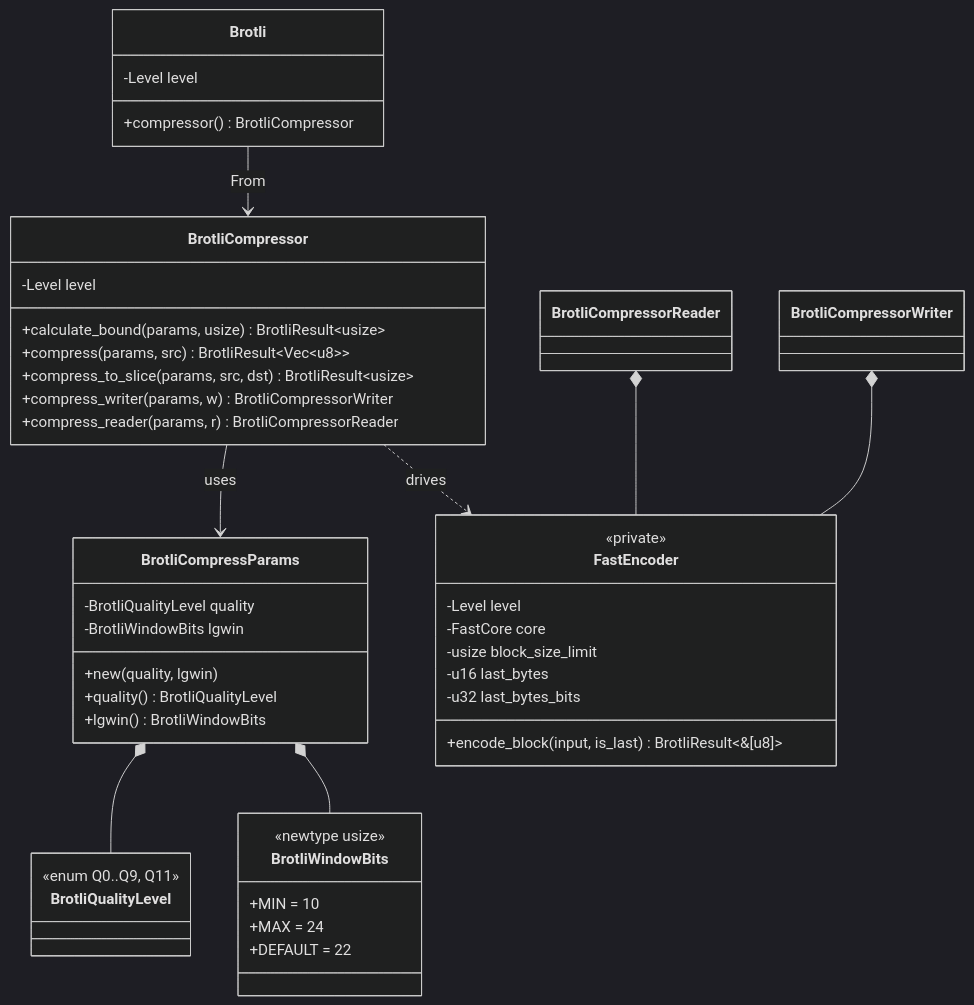
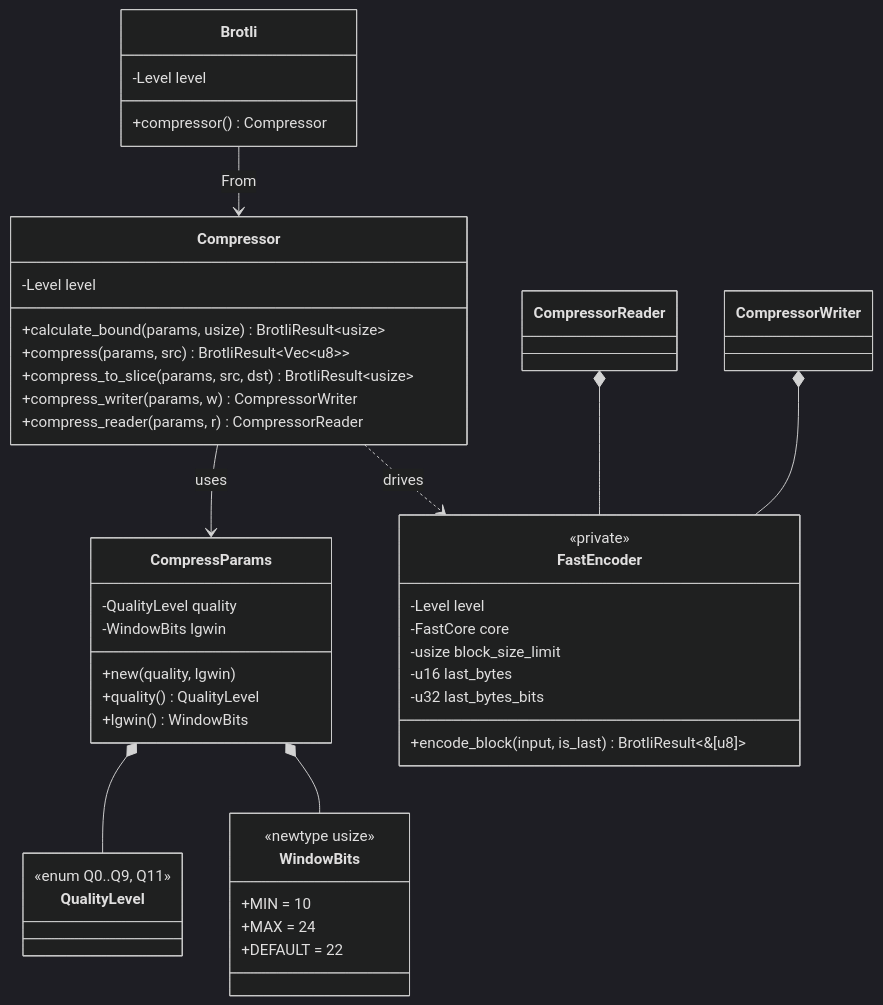
One commit to Mnwa/mbrotli changed the second of 7 diagrams in architecture/compressor.md. Above: the diagram before and after it, drawn with Mermaid (dark theme). The commit also changed other lines of this file and 20 other files, not shown here.

````diff
--- a/architecture/compressor.md
+++ b/architecture/compressor.md
@@ -58,48 +58,48 @@
 ```mermaid
 classDiagram
     class Brotli {
         -Level level
-        +compressor() BrotliCompressor
+        +compressor() Compressor
     }
-    class BrotliCompressor {
+    class Compressor {
         -Level level
         +calculate_bound(params, usize) BrotliResult~usize~
         +compress(params, src) BrotliResult~Vec~u8~~
         +compress_to_slice(params, src, dst) BrotliResult~usize~
-        +compress_writer(params, w) BrotliCompressorWriter
-        +compress_reader(params, r) BrotliCompressorReader
+        +compress_writer(params, w) CompressorWriter
+        +compress_reader(params, r) CompressorReader
     }
-    class BrotliCompressParams {
-        -BrotliQualityLevel quality
-        -BrotliWindowBits lgwin
+    class CompressParams {
+        -QualityLevel quality
+        -WindowBits lgwin
         +new(quality, lgwin)
-        +quality() BrotliQualityLevel
-        +lgwin() BrotliWindowBits
+        +quality() QualityLevel
+        +lgwin() WindowBits
     }
-    class BrotliWindowBits {
+    class WindowBits {
         <<newtype usize>>
         +MIN = 10
         +MAX = 24
         +DEFAULT = 22
     }
-    class BrotliQualityLevel {
+    class QualityLevel {
         <<enum Q0..Q9, Q11>>
     }
     class FastEncoder {
         <<private>>
         -Level level
         -FastCore core
         -usize block_size_limit
         -u16 last_bytes
         -u32 last_bytes_bits
         +encode_block(input, is_last) BrotliResult~&[u8]~
     }
 
-    Brotli --> BrotliCompressor : From
-    BrotliCompressor --> BrotliCompressParams : uses
-    BrotliCompressParams *-- BrotliQualityLevel
-    BrotliCompressParams *-- BrotliWindowBits
-    BrotliCompressor ..> FastEncoder : drives
-    BrotliCompressorReader *-- FastEncoder
-    BrotliCompressorWriter *-- FastEncoder
+    Brotli --> Compressor : From
+    Compressor --> CompressParams : uses
+    CompressParams *-- QualityLevel
+    CompressParams *-- WindowBits
+    Compressor ..> FastEncoder : drives
+    CompressorReader *-- FastEncoder
+    CompressorWriter *-- FastEncoder
 ```
````
